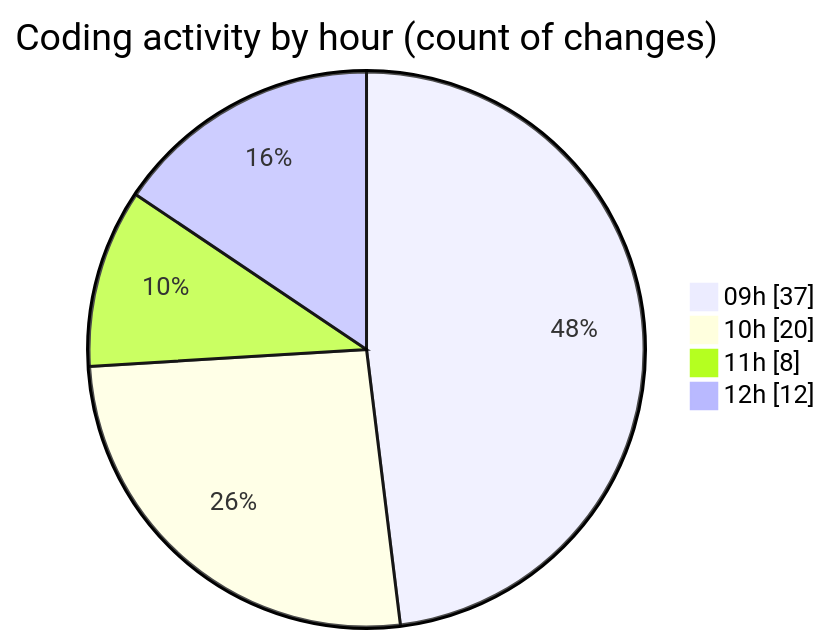
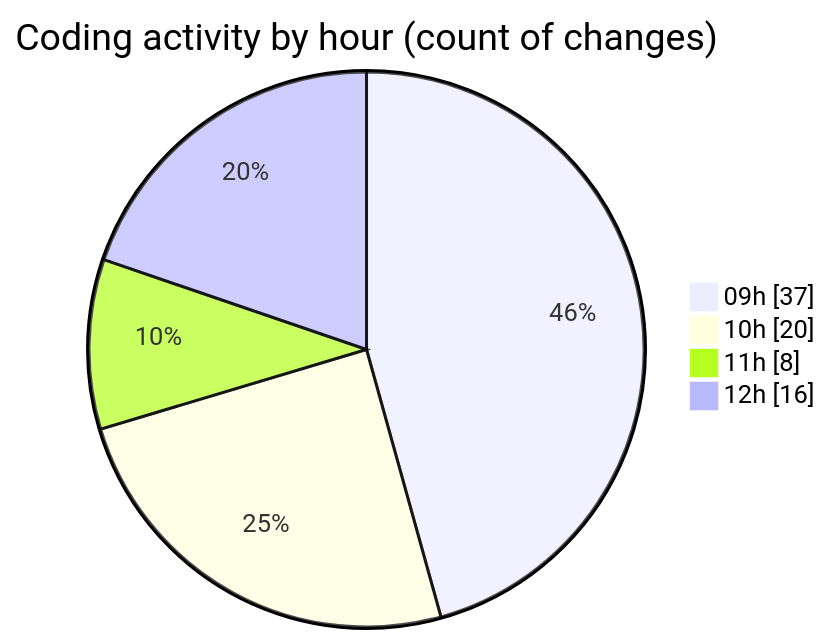
One commit to momahboobian/code-tracking changed the second of 2 diagrams in 2026-05-08/cda/README.md. Above: the diagram before and after it, drawn with Mermaid. The commit also changed other lines of this file and 1 other file, not shown here.

````diff
--- a/2026-05-08/cda/README.md
+++ b/2026-05-08/cda/README.md
@@ -51,8 +51,8 @@
 ```mermaid
 pie showData
 title Coding activity by hour (count of changes)
 "09h" : 37
 "10h" : 20
 "11h" : 8
-"12h" : 12
+"12h" : 16
 ```
````
